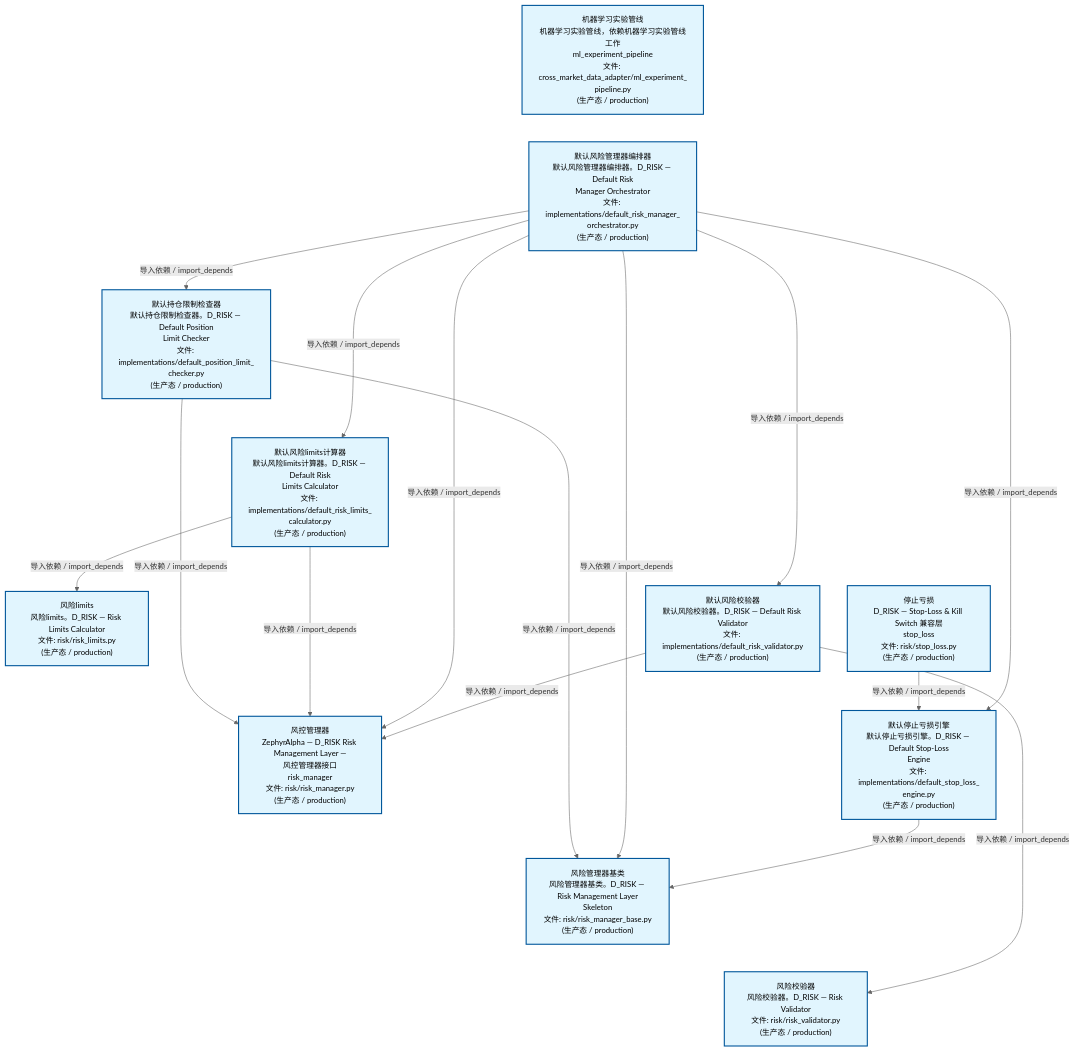
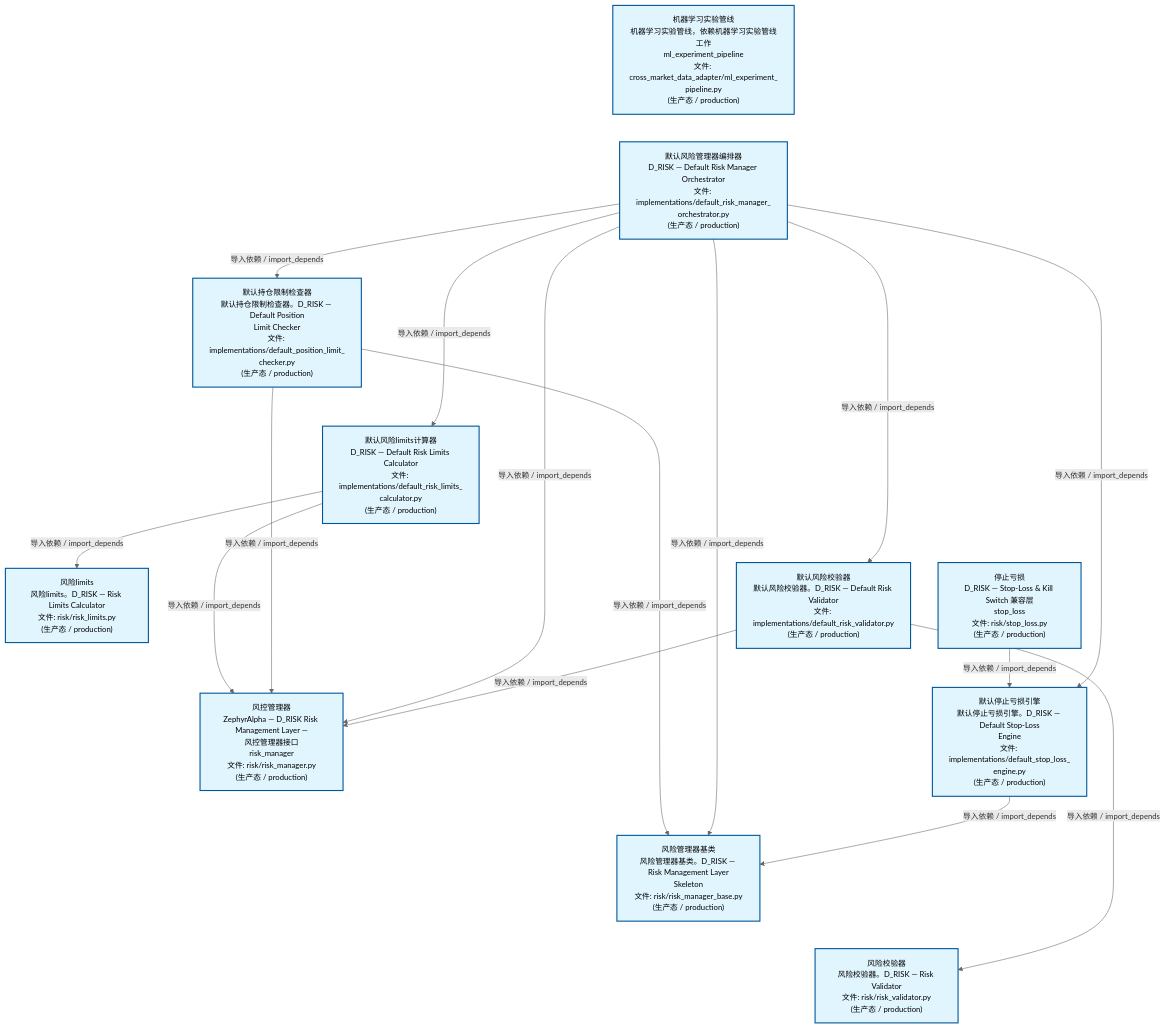
Before and after one commit to xuanFelixVan/ZephyrAlpha: the second of 4 diagrams in docs/02_enterprise_architecture/02_domain_architecture_docs/65_d_risk.md, drawn with Mermaid. The commit also changed other lines of this file and 61 other files, not shown here.

````diff
--- a/docs/02_enterprise_architecture/02_domain_architecture_docs/65_d_risk.md
+++ b/docs/02_enterprise_architecture/02_domain_architecture_docs/65_d_risk.md
@@ -136,42 +136,42 @@
 ```mermaid
 %%{init: {'theme': 'base', 'themeVariables': {'primaryColor': '#eaeaea', 'primaryTextColor': '#333333', 'primaryBorderColor': '#666666', 'lineColor': '#666666', 'secondaryColor': '#eaeaea', 'tertiaryColor': '#eaeaea', 'fontSize': '14px'}}}%%
 flowchart TD
     src_zephyr_risk_cross_asset_cross_market_data_adapter_ml_experiment_pipeline_py["机器学习实验管线<br/>机器学习实验管线，依赖机器学习实验管线工作<br/>ml_experiment_pipeline<br/>文件: cross_market_data_adapter/ml_experiment_<br/>pipeline.py<br/>(生产态 / production)"]
-    src_zephyr_risk_implementations_default_risk_manager_orchestrator_py["默认风险管理器编排器<br/>默认风险管理器编排器。D_RISK — Default Risk<br/>Manager Orchestrator<br/>文件: implementations/default_risk_manager_<br/>orchestrator.py<br/>(生产态 / production)"]
+    src_zephyr_risk_implementations_default_risk_manager_orchestrator_py["默认风险管理器编排器<br/>D_RISK — Default Risk Manager Orchestrator<br/>文件: implementations/default_risk_manager_<br/>orchestrator.py<br/>(生产态 / production)"]
     src_zephyr_risk_stop_loss_py["停止亏损<br/>D_RISK — Stop-Loss & Kill Switch 兼容层<br/>stop_loss<br/>文件: risk/stop_loss.py<br/>(生产态 / production)"]
     src_zephyr_risk_cross_asset_cross_market_data_adapter_ml_experiment_pipeline_py ~~~ src_zephyr_risk_implementations_default_risk_manager_orchestrator_py
     src_zephyr_risk_implementations_default_risk_manager_orchestrator_py ~~~ src_zephyr_risk_stop_loss_py
     src_zephyr_risk_implementations_default_position_limit_checker_py["默认持仓限制检查器<br/>默认持仓限制检查器。D_RISK — Default Position<br/>Limit Checker<br/>文件: implementations/default_position_limit_<br/>checker.py<br/>(生产态 / production)"]
-    src_zephyr_risk_implementations_default_risk_limits_calculator_py["默认风险limits计算器<br/>默认风险limits计算器。D_RISK — Default Risk<br/>Limits Calculator<br/>文件: implementations/default_risk_limits_<br/>calculator.py<br/>(生产态 / production)"]
+    src_zephyr_risk_implementations_default_risk_limits_calculator_py["默认风险limits计算器<br/>D_RISK — Default Risk Limits Calculator<br/>文件: implementations/default_risk_limits_<br/>calculator.py<br/>(生产态 / production)"]
     src_zephyr_risk_implementations_default_risk_validator_py["默认风险校验器<br/>默认风险校验器。D_RISK — Default Risk Validator<br/>文件: implementations/default_risk_validator.py<br/>(生产态 / production)"]
     src_zephyr_risk_implementations_default_stop_loss_engine_py["默认停止亏损引擎<br/>默认停止亏损引擎。D_RISK — Default Stop-Loss<br/>Engine<br/>文件: implementations/default_stop_loss_<br/>engine.py<br/>(生产态 / production)"]
     src_zephyr_risk_implementations_default_position_limit_checker_py ~~~ src_zephyr_risk_implementations_default_risk_limits_calculator_py
     src_zephyr_risk_implementations_default_risk_limits_calculator_py ~~~ src_zephyr_risk_implementations_default_risk_validator_py
     src_zephyr_risk_implementations_default_risk_validator_py ~~~ src_zephyr_risk_implementations_default_stop_loss_engine_py
     src_zephyr_risk_risk_limits_py["风险limits<br/>风险limits。D_RISK — Risk Limits Calculator<br/>文件: risk/risk_limits.py<br/>(生产态 / production)"]
     src_zephyr_risk_risk_manager_py["风控管理器<br/>ZephyrAlpha — D_RISK Risk Management Layer —<br/>风控管理器接口<br/>risk_manager<br/>文件: risk/risk_manager.py<br/>(生产态 / production)"]
     src_zephyr_risk_risk_manager_base_py["风险管理器基类<br/>风险管理器基类。D_RISK — Risk Management Layer<br/>Skeleton<br/>文件: risk/risk_manager_base.py<br/>(生产态 / production)"]
     src_zephyr_risk_risk_validator_py["风险校验器<br/>风险校验器。D_RISK — Risk Validator<br/>文件: risk/risk_validator.py<br/>(生产态 / production)"]
     src_zephyr_risk_risk_limits_py ~~~ src_zephyr_risk_risk_manager_py
     src_zephyr_risk_risk_manager_py ~~~ src_zephyr_risk_risk_manager_base_py
     src_zephyr_risk_risk_manager_base_py ~~~ src_zephyr_risk_risk_validator_py
     src_zephyr_risk_stop_loss_py -->|导入依赖 / import_depends| src_zephyr_risk_implementations_default_stop_loss_engine_py
-    src_zephyr_risk_implementations_default_position_limit_checker_py -->|导入依赖 / import_depends| src_zephyr_risk_risk_manager_base_py
-    src_zephyr_risk_implementations_default_position_limit_checker_py -->|导入依赖 / import_depends| src_zephyr_risk_risk_manager_py
     src_zephyr_risk_implementations_default_risk_limits_calculator_py -->|导入依赖 / import_depends| src_zephyr_risk_risk_manager_py
     src_zephyr_risk_implementations_default_risk_limits_calculator_py -->|导入依赖 / import_depends| src_zephyr_risk_risk_limits_py
+    src_zephyr_risk_implementations_default_position_limit_checker_py -->|导入依赖 / import_depends| src_zephyr_risk_risk_manager_py
+    src_zephyr_risk_implementations_default_position_limit_checker_py -->|导入依赖 / import_depends| src_zephyr_risk_risk_manager_base_py
+    src_zephyr_risk_implementations_default_risk_manager_orchestrator_py -->|导入依赖 / import_depends| src_zephyr_risk_risk_manager_py
     src_zephyr_risk_implementations_default_risk_manager_orchestrator_py -->|导入依赖 / import_depends| src_zephyr_risk_risk_manager_base_py
-    src_zephyr_risk_implementations_default_risk_manager_orchestrator_py -->|导入依赖 / import_depends| src_zephyr_risk_risk_manager_py
+    src_zephyr_risk_implementations_default_risk_manager_orchestrator_py -->|导入依赖 / import_depends| src_zephyr_risk_implementations_default_risk_limits_calculator_py
     src_zephyr_risk_implementations_default_risk_manager_orchestrator_py -->|导入依赖 / import_depends| src_zephyr_risk_implementations_default_position_limit_checker_py
-    src_zephyr_risk_implementations_default_risk_manager_orchestrator_py -->|导入依赖 / import_depends| src_zephyr_risk_implementations_default_risk_limits_calculator_py
+    src_zephyr_risk_implementations_default_risk_manager_orchestrator_py -->|导入依赖 / import_depends| src_zephyr_risk_implementations_default_stop_loss_engine_py
     src_zephyr_risk_implementations_default_risk_manager_orchestrator_py -->|导入依赖 / import_depends| src_zephyr_risk_implementations_default_risk_validator_py
-    src_zephyr_risk_implementations_default_risk_manager_orchestrator_py -->|导入依赖 / import_depends| src_zephyr_risk_implementations_default_stop_loss_engine_py
+    src_zephyr_risk_implementations_default_stop_loss_engine_py -->|导入依赖 / import_depends| src_zephyr_risk_risk_manager_base_py
+    src_zephyr_risk_implementations_default_risk_validator_py -->|导入依赖 / import_depends| src_zephyr_risk_risk_manager_py
     src_zephyr_risk_implementations_default_risk_validator_py -->|导入依赖 / import_depends| src_zephyr_risk_risk_validator_py
-    src_zephyr_risk_implementations_default_risk_validator_py -->|导入依赖 / import_depends| src_zephyr_risk_risk_manager_py
-    src_zephyr_risk_implementations_default_stop_loss_engine_py -->|导入依赖 / import_depends| src_zephyr_risk_risk_manager_base_py
     classDef production fill:#e1f5fe,stroke:#01579b,stroke-width:2px,color:#000
     classDef design fill:#fff3e0,stroke:#e65100,stroke-width:2px,color:#000,stroke-dasharray: 5 5
     classDef external_prod fill:#e8f4fd,stroke:#0277bd,stroke-width:1px,color:#000
     classDef external_design fill:#fff8e7,stroke:#ef6c00,stroke-width:1px,color:#000,stroke-dasharray: 5 5
     class src_zephyr_risk_cross_asset_cross_market_data_adapter_ml_experiment_pipeline_py,src_zephyr_risk_implementations_default_position_limit_checker_py,src_zephyr_risk_implementations_default_risk_limits_calculator_py,src_zephyr_risk_implementations_default_risk_manager_orchestrator_py,src_zephyr_risk_implementations_default_risk_validator_py,src_zephyr_risk_implementations_default_stop_loss_engine_py,src_zephyr_risk_risk_limits_py,src_zephyr_risk_risk_manager_py,src_zephyr_risk_risk_manager_base_py,src_zephyr_risk_risk_validator_py,src_zephyr_risk_stop_loss_py production
 ```
````
